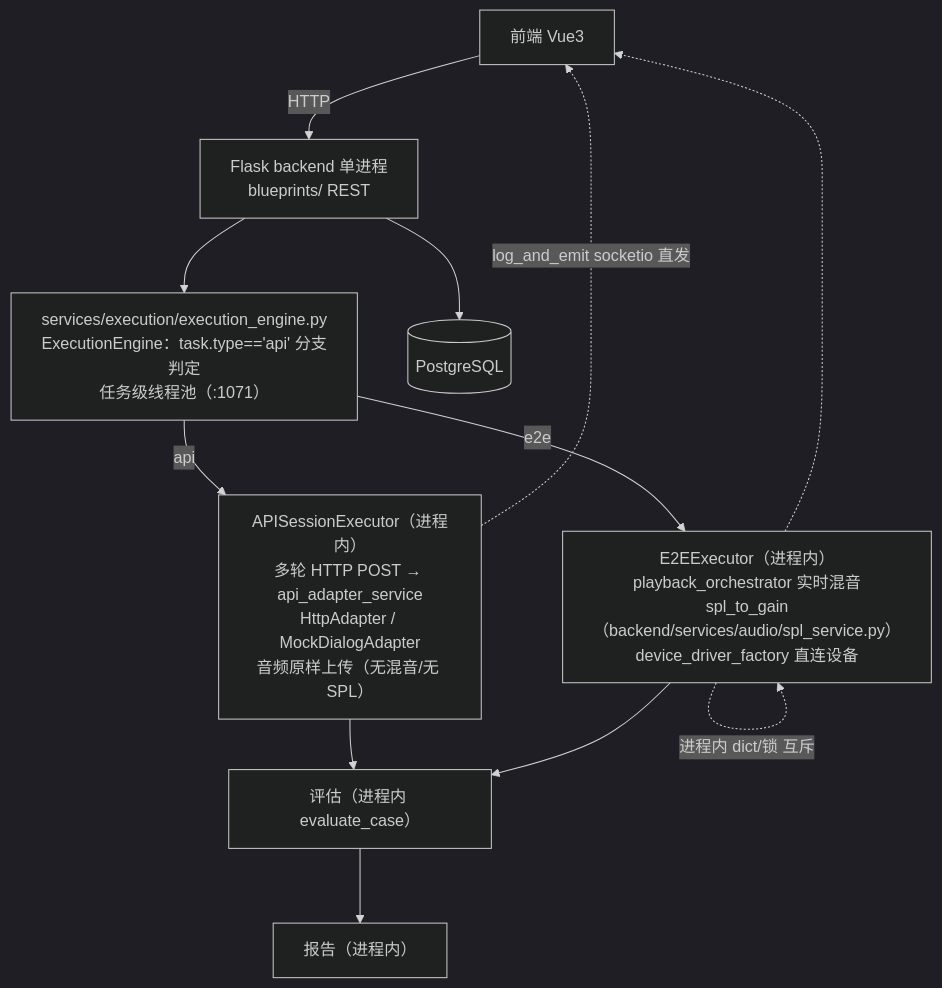
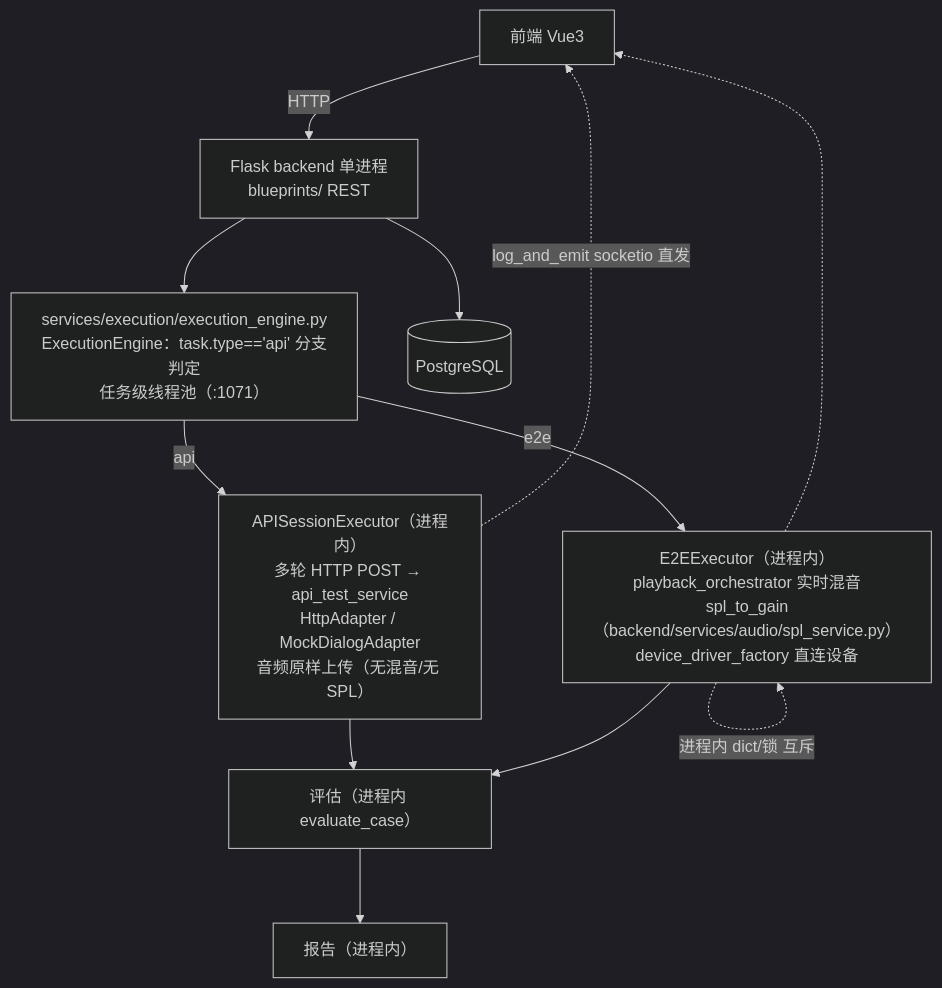
The first of 2 diagrams in Intelligent-Audio-TEST/doc/验收/INT-263.md (ydz-auto/intelligent_audio_test), drawn with Mermaid (dark theme) before and after one commit. The commit also changed other lines of this file and 164 other files, not shown here.

First line of the commit message:
INT-1176: 重构·API适配·实施——api_adapter_service 删除实施：HTTP 执行内嵌 api_test_service（迁移+删除）

````diff
--- a/Intelligent-Audio-TEST/doc/验收/INT-263.md
+++ b/Intelligent-Audio-TEST/doc/验收/INT-263.md
@@ -13,14 +13,14 @@
 ```mermaid
 flowchart TB
     FE["前端 Vue3"] -->|"HTTP"| BL["Flask backend 单进程<br/>blueprints/ REST"]
     BL --> EE["services/execution/execution_engine.py<br/>ExecutionEngine：task.type=='api' 分支判定<br/>任务级线程池（:1071）"]
-    EE -->|"api"| APIE["APISessionExecutor（进程内）<br/>多轮 HTTP POST → api_adapter_service<br/>HttpAdapter / MockDialogAdapter<br/>音频原样上传（无混音/无 SPL）"]
+    EE -->|"api"| APIE["APISessionExecutor（进程内）<br/>多轮 HTTP POST → api_test_service<br/>HttpAdapter / MockDialogAdapter<br/>音频原样上传（无混音/无 SPL）"]
     EE -->|"e2e"| E2EE["E2EExecutor（进程内）<br/>playback_orchestrator 实时混音<br/>spl_to_gain（backend/services/audio/spl_service.py）<br/>device_driver_factory 直连设备"]
     APIE --> EVAL["评估（进程内 evaluate_case）"]
     E2EE --> EVAL
     APIE -.->|"log_and_emit socketio 直发"| FE
     E2EE -.-> FE
     EVAL --> REP["报告（进程内）"]
     BL --> PG[("PostgreSQL")]
     E2EE -.->|"进程内 dict/锁 互斥"| E2EE
 ```
````
